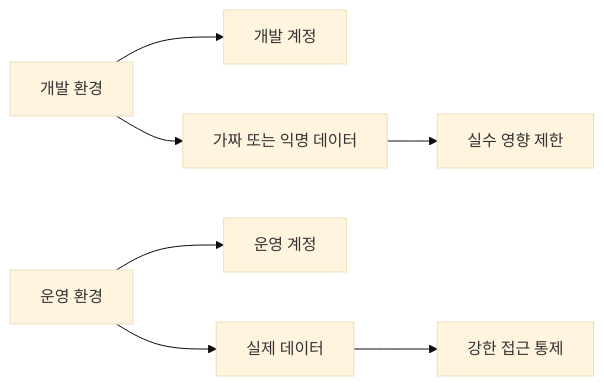
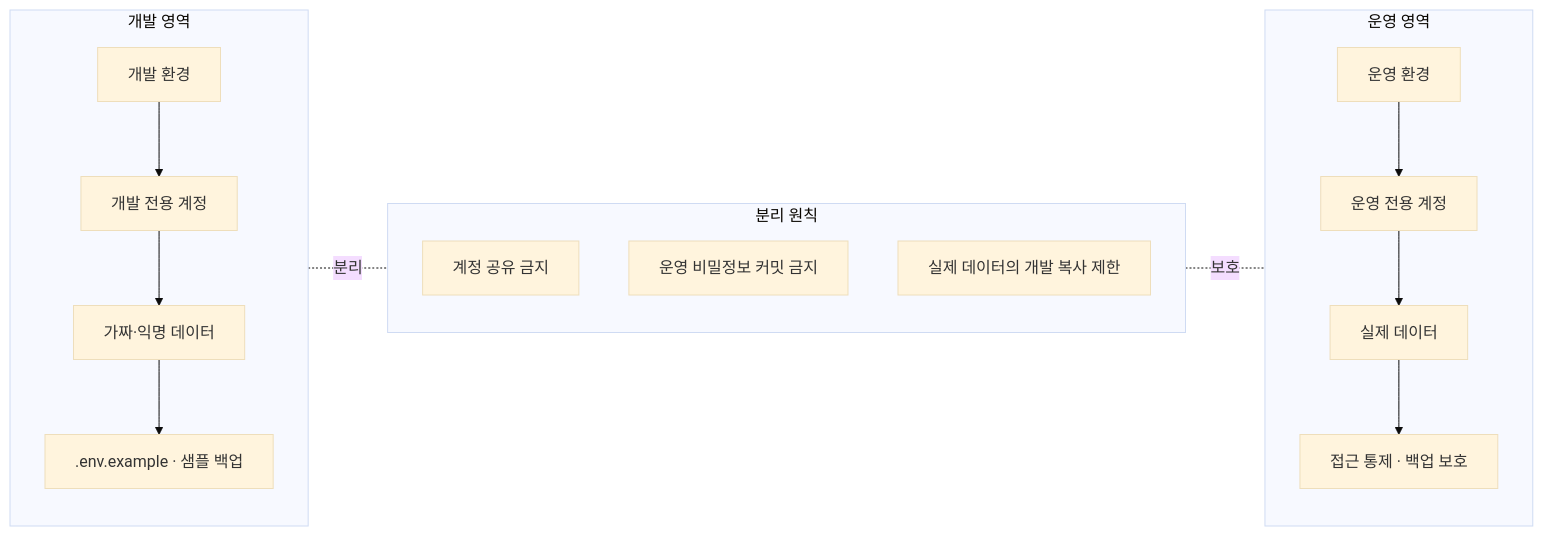
The diagram in images/chapter11/ch11_05_dev_prod_account_separation.mmd (GilbertMoon/ai-database-book), drawn with Mermaid (base theme) before and after one commit.

Commit message:
fix: clarify dev and production account separation flow

```diff
--- a/images/chapter11/ch11_05_dev_prod_account_separation.mmd
+++ b/images/chapter11/ch11_05_dev_prod_account_separation.mmd
@@ -1,7 +1,29 @@
 flowchart LR
-    A[개발 환경] --> B[개발 계정]
-    A --> C[가짜 또는 익명 데이터]
-    D[운영 환경] --> E[운영 계정]
-    D --> F[실제 데이터]
-    F --> G[강한 접근 통제]
-    C --> H[실수 영향 제한]
+    subgraph DEV[개발 영역]
+        D1[개발 환경]
+        D2[개발 전용 계정]
+        D3[가짜·익명 데이터]
+        D4[.env.example · 샘플 백업]
+        D1 --> D2
+        D2 --> D3
+        D3 --> D4
+    end
+
+    subgraph RULES[분리 원칙]
+        R1[계정 공유 금지]
+        R2[운영 비밀정보 커밋 금지]
+        R3[실제 데이터의 개발 복사 제한]
+    end
+
+    subgraph PROD[운영 영역]
+        P1[운영 환경]
+        P2[운영 전용 계정]
+        P3[실제 데이터]
+        P4[접근 통제 · 백업 보호]
+        P1 --> P2
+        P2 --> P3
+        P3 --> P4
+    end
+
+    DEV -. 분리 .- RULES
+    RULES -. 보호 .- PROD
```
